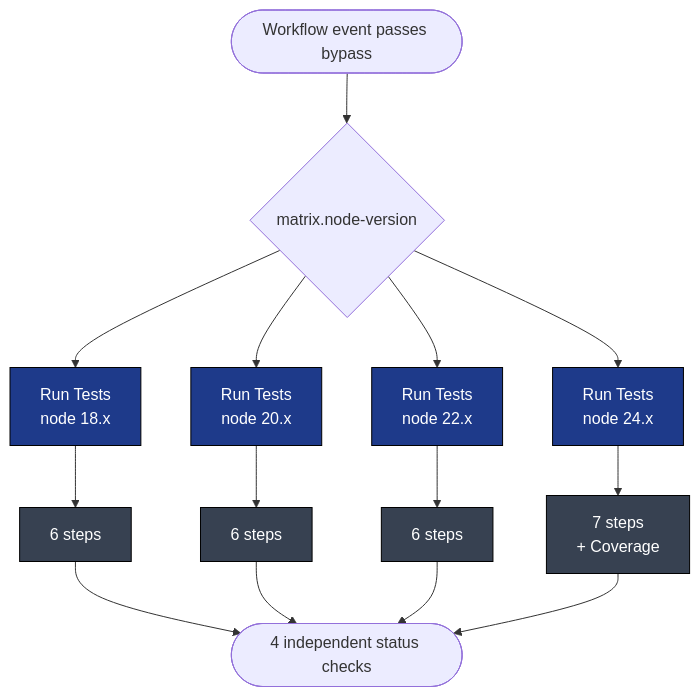
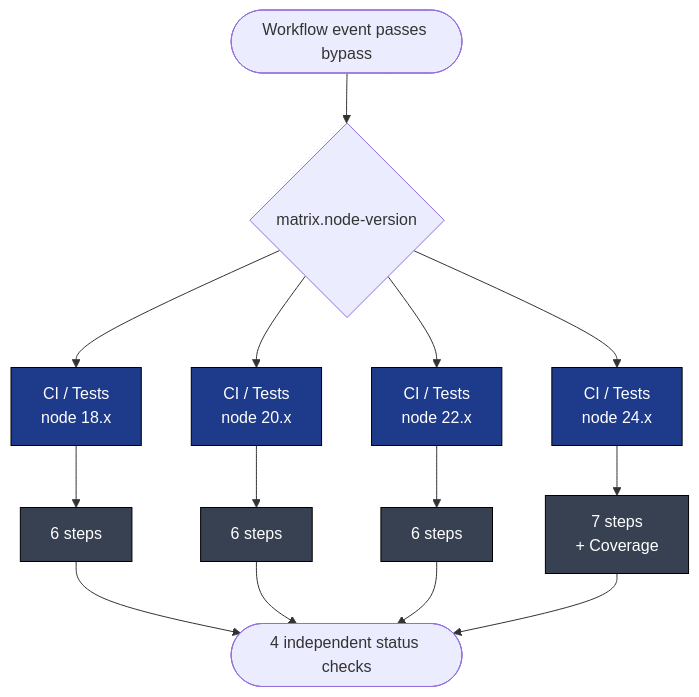
The third of 9 diagrams in .github/docs/TESTS_DEEP_DIVE.md (gregreindel/llm-exe), drawn with Mermaid before and after one commit. The commit also changed other lines of this file and 5 other files, not shown here.

````diff
--- a/.github/docs/TESTS_DEEP_DIVE.md
+++ b/.github/docs/TESTS_DEEP_DIVE.md
@@ -118,23 +120,23 @@
 ```mermaid
 flowchart TB
     classDef job fill:#1e3a8a,color:#fff,stroke:#000
     classDef step fill:#374151,color:#fff,stroke:#000
 
     start([Workflow event passes bypass])
     start --> fanout{matrix.node-version}
 
-    fanout --> N18[Run Tests<br/>node 18.x]:::job
-    fanout --> N20[Run Tests<br/>node 20.x]:::job
-    fanout --> N22[Run Tests<br/>node 22.x]:::job
-    fanout --> N24[Run Tests<br/>node 24.x]:::job
+    fanout --> N18[CI / Tests<br/>node 18.x]:::job
+    fanout --> N20[CI / Tests<br/>node 20.x]:::job
+    fanout --> N22[CI / Tests<br/>node 22.x]:::job
+    fanout --> N24[CI / Tests<br/>node 24.x]:::job
 
     N18 --> S18[6 steps]:::step
     N20 --> S20[6 steps]:::step
     N22 --> S22[6 steps]:::step
     N24 --> S24[7 steps<br/>+ Coverage]:::step
 
     S18 --> done([4 independent status checks])
     S20 --> done
     S22 --> done
     S24 --> done
 ```
````
